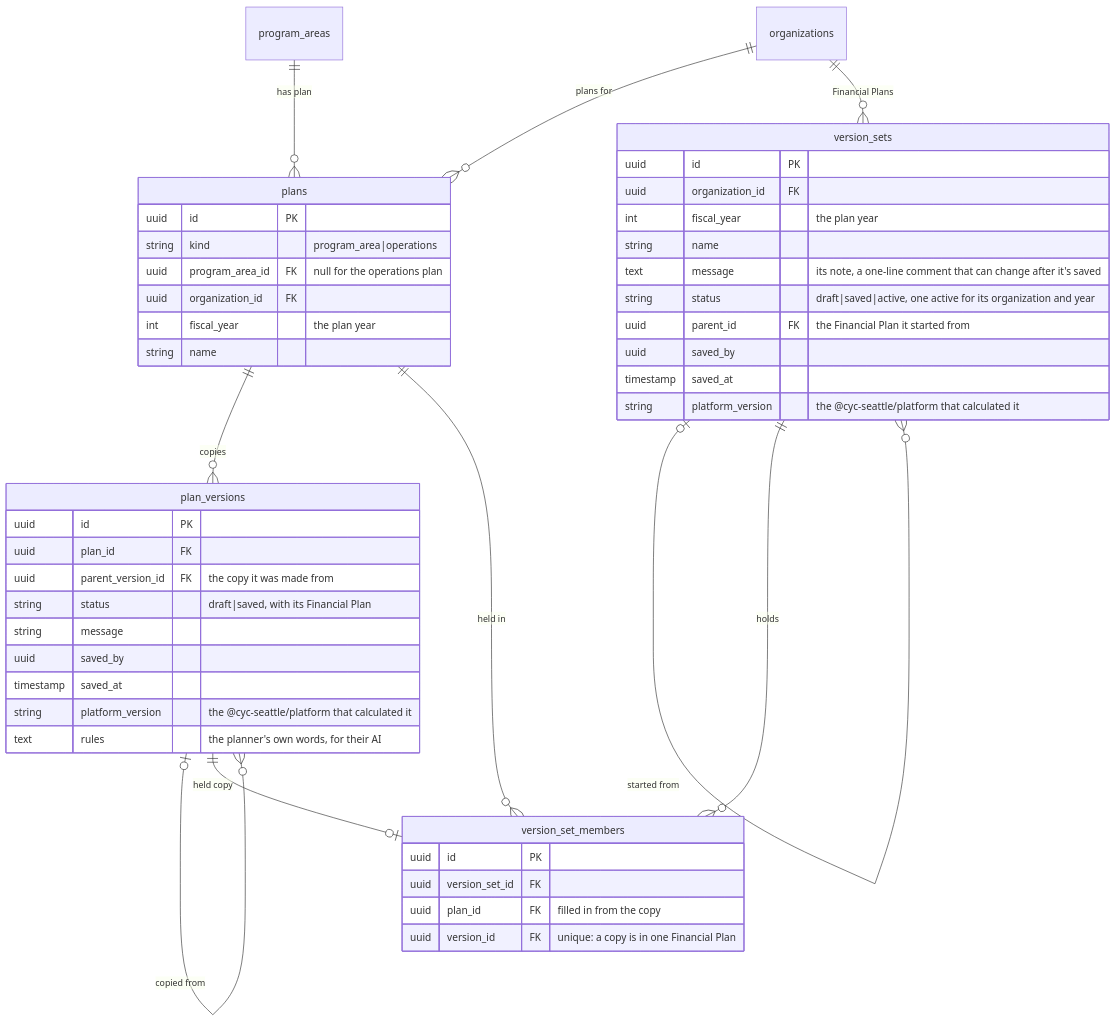
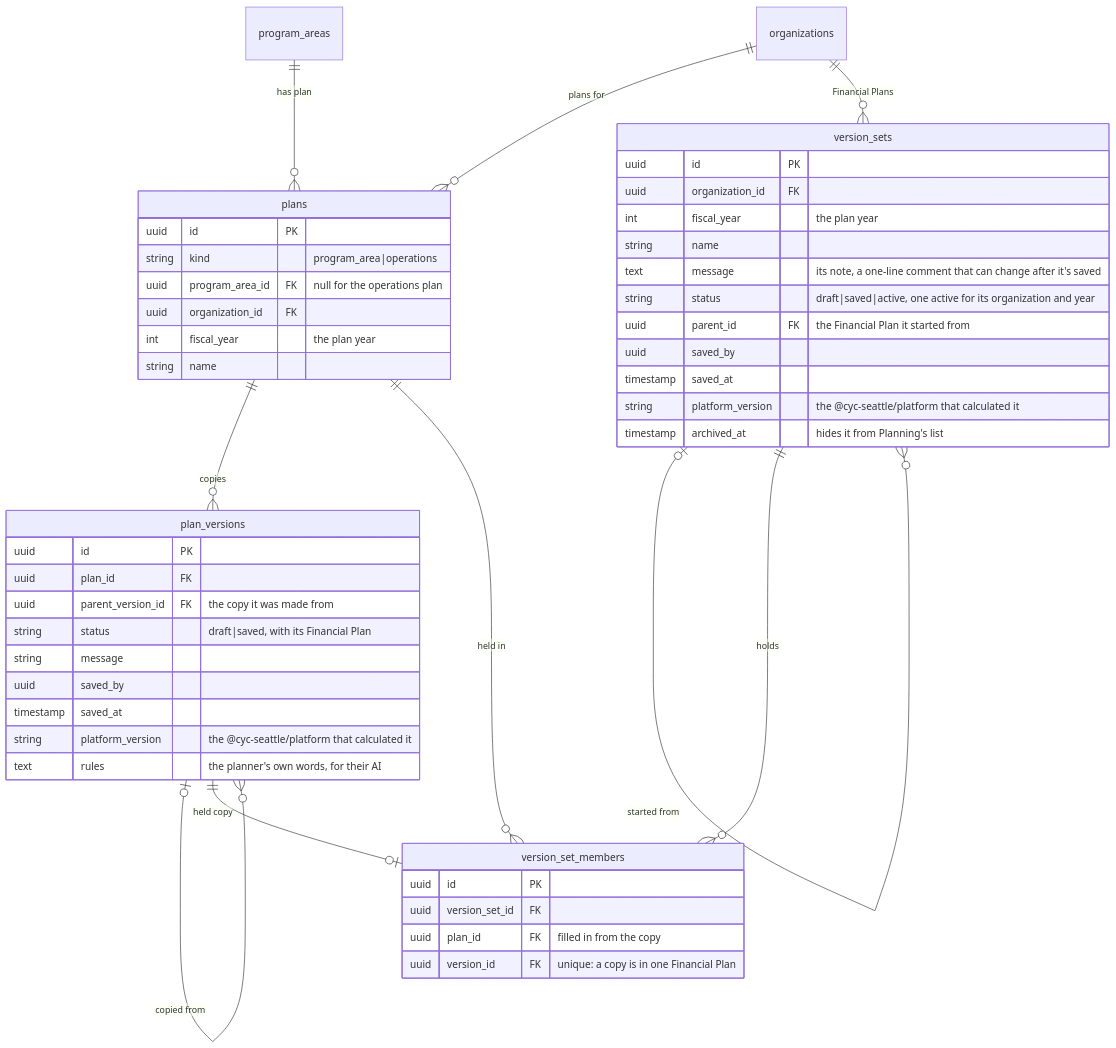
The third of 7 diagrams in docs/planning-schema.md (cyc-seattle/platform), drawn with Mermaid before and after one commit. The commit also changed other lines of this file and 6 other files, not shown here.

First line of the commit message:
feat(planning): archive a Financial Plan, which hides it from Planning's list

````diff
--- a/docs/planning-schema.md
+++ b/docs/planning-schema.md
@@ -171,50 +171,51 @@
 ```mermaid
 erDiagram
     program_areas ||--o{ plans : "has plan"
     organizations ||--o{ plans : "plans for"
     plans ||--o{ plan_versions : copies
     plan_versions |o--o{ plan_versions : "copied from"
     organizations ||--o{ version_sets : "Financial Plans"
     version_sets |o--o{ version_sets : "started from"
     version_sets ||--o{ version_set_members : holds
     plans ||--o{ version_set_members : "held in"
     plan_versions ||--o| version_set_members : "held copy"
 
     plans {
         uuid id PK
         string kind "program_area|operations"
         uuid program_area_id FK "null for the operations plan"
         uuid organization_id FK
         int fiscal_year "the plan year"
         string name
     }
     plan_versions {
         uuid id PK
         uuid plan_id FK
         uuid parent_version_id FK "the copy it was made from"
         string status "draft|saved, with its Financial Plan"
         string message
         uuid saved_by
         timestamp saved_at
         string platform_version "the @cyc-seattle/platform that calculated it"
         text rules "the planner's own words, for their AI"
     }
     version_sets {
         uuid id PK
         uuid organization_id FK
         int fiscal_year "the plan year"
         string name
         text message "its note, a one-line comment that can change after it's saved"
         string status "draft|saved|active, one active for its organization and year"
         uuid parent_id FK "the Financial Plan it started from"
         uuid saved_by
         timestamp saved_at
         string platform_version "the @cyc-seattle/platform that calculated it"
+        timestamp archived_at "hides it from Planning's list"
     }
     version_set_members {
         uuid id PK
         uuid version_set_id FK
         uuid plan_id FK "filled in from the copy"
         uuid version_id FK "unique: a copy is in one Financial Plan"
     }
 ```
````
